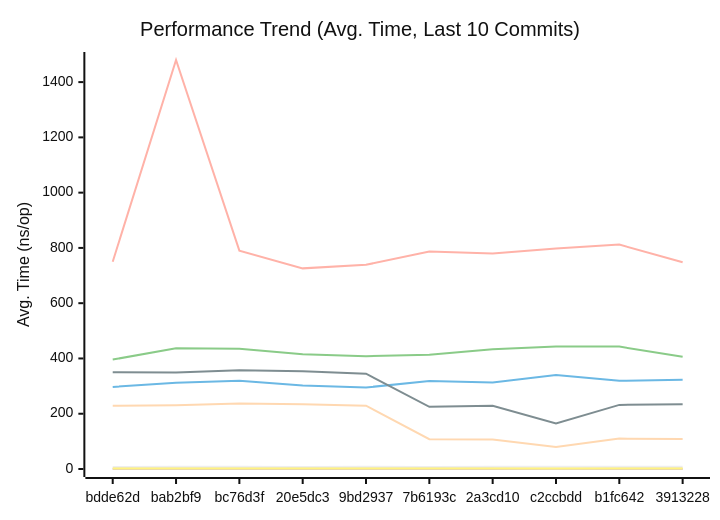
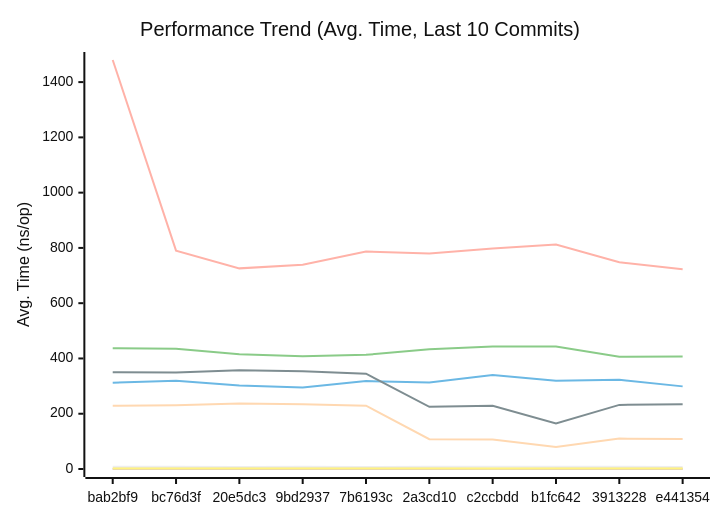
Before and after one commit to alsotoes/momo: the first of 3 diagrams in docs/PERFORMANCE.md, drawn with Mermaid (neutral theme). The commit also changed other lines of this file and 2 other files, not shown here.

Commit message:
fix: check Placement and HashFile errors in client Connect (#423)

````diff
--- a/docs/PERFORMANCE.md
+++ b/docs/PERFORMANCE.md
@@ -80,16 +80,16 @@
 ```mermaid
 xychart-beta
     title "Performance Trend (Avg. Time, Last 10 Commits)"
     x-axis "Commit"
     y-axis "Avg. Time (ns/op)"
-    x-axis [bdde62d,bab2bf9,bc76d3f,20e5dc3,9bd2937,7b6193c,2a3cd10,c2ccbdd,b1fc642,3913228]
-    line "CheckMetricsAndSwap" [7,8,8,7,8,7,8,8,8,8]
-    line "CrushOptimized" [297,312,319,302,295,318,313,340,319,323]
-    line "CrushOriginal" [396,437,435,415,408,413,433,443,443,406]
+    x-axis [bab2bf9,bc76d3f,20e5dc3,9bd2937,7b6193c,2a3cd10,c2ccbdd,b1fc642,3913228,e441354]
+    line "CheckMetricsAndSwap" [8,8,7,8,7,8,8,8,8,7]
+    line "CrushOptimized" [312,319,302,295,318,313,340,319,323,299]
+    line "CrushOriginal" [437,435,415,408,413,433,443,443,406,407]
     line "IndexDirectTracking" [0,0,0,0,0,0,0,0,0,0]
-    line "IndexSearch" [2,2,2,2,2,2,2,1,2,2]
-    line "LoadGlobalConfig" [750,1480,790,726,739,787,780,798,812,748]
+    line "IndexSearch" [2,2,2,2,2,2,1,2,2,2]
+    line "LoadGlobalConfig" [1480,790,726,739,787,780,798,812,748,723]
     line "PadString" [2,2,2,2,2,2,2,2,2,2]
     line "ParseReplicationOrder_NoPrealloc" [350,349,357,354,345,225,229,165,232,234]
     line "ParseReplicationOrder_Prealloc" [229,231,237,234,229,108,107,80,110,109]
 ```
````
